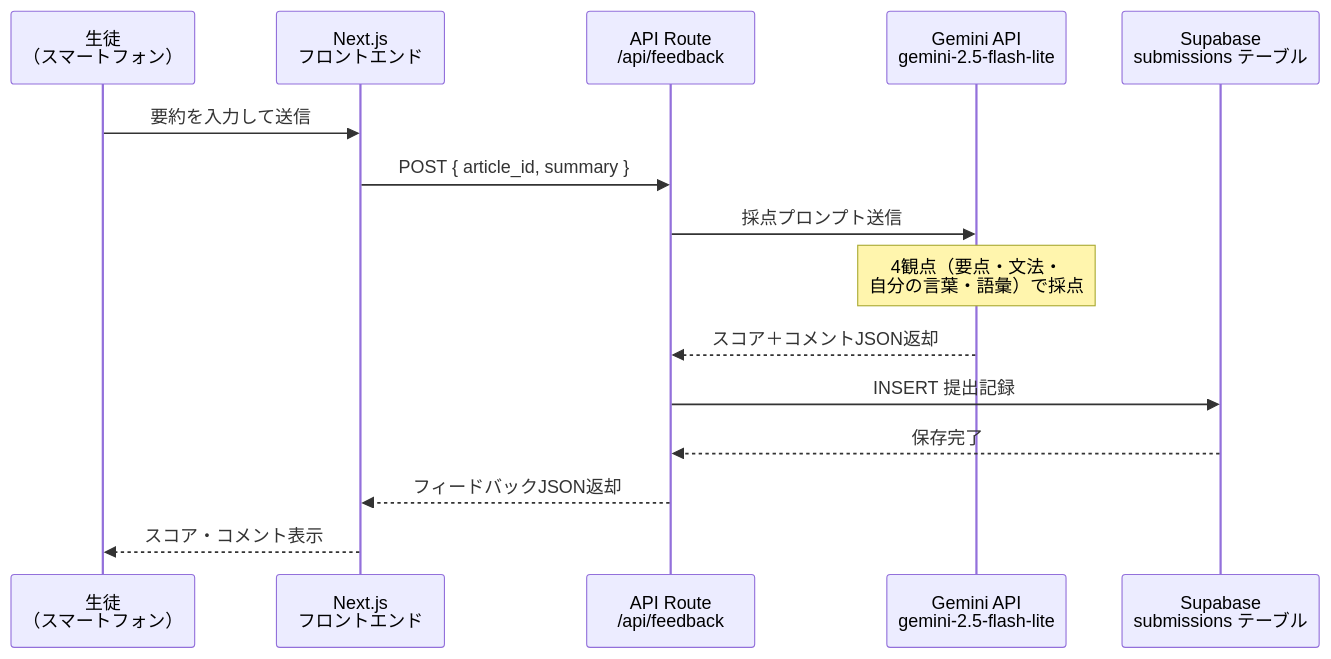
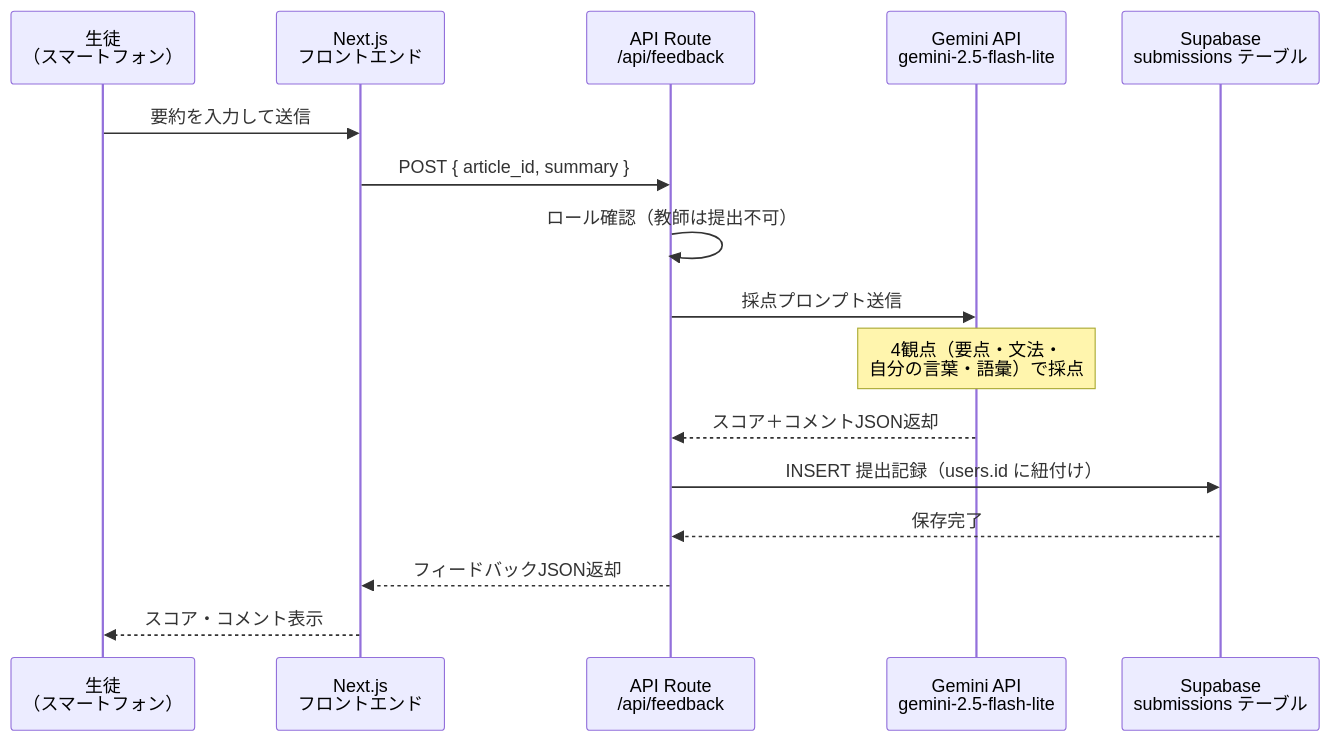
Before and after one commit to h-hamada-seifu/Daily-Reading-Comprehension: the fourth of 5 diagrams in docs/design-spec.md, drawn with Mermaid. The commit also changed other lines of this file, not shown here.

````diff
--- a/docs/design-spec.md
+++ b/docs/design-spec.md
@@ -109,18 +180,19 @@
 ```mermaid
 sequenceDiagram
     participant Student as 生徒<br/>（スマートフォン）
     participant FE as Next.js<br/>フロントエンド
     participant API as API Route<br/>/api/feedback
     participant Gemini as Gemini API<br/>gemini-2.5-flash-lite
     participant DB as Supabase<br/>submissions テーブル
 
     Student->>FE: 要約を入力して送信
     FE->>API: POST { article_id, summary }
+    API->>API: ロール確認（教師は提出不可）
     API->>Gemini: 採点プロンプト送信
     Note over Gemini: 4観点（要点・文法・<br/>自分の言葉・語彙）で採点
     Gemini-->>API: スコア＋コメントJSON返却
-    API->>DB: INSERT 提出記録
+    API->>DB: INSERT 提出記録（users.id に紐付け）
     DB-->>API: 保存完了
     API-->>FE: フィードバックJSON返却
     FE-->>Student: スコア・コメント表示
 ```
````
